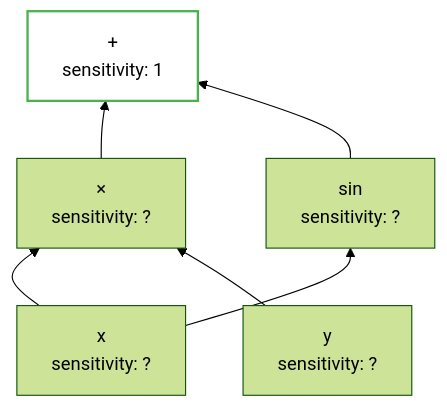
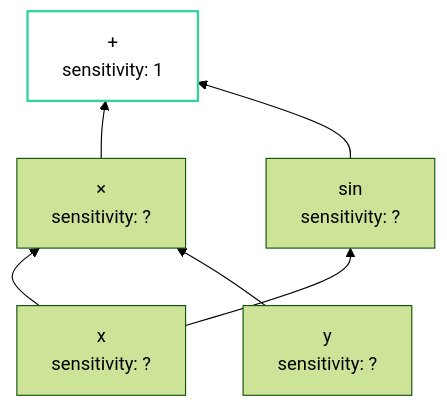
One commit to bolu-atx/bolu-atx.github.io changed the fifth of 9 diagrams in _posts/2025-06-15-autodiff-rust-part1-graphs.md. Above: the diagram before and after it, drawn with Mermaid (forest theme). The commit also changed other lines of this file and 5 other files, not shown here.

First line of the commit message:
Add dark mode support for Mermaid diagrams

````diff
--- a/_posts/2025-06-15-autodiff-rust-part1-graphs.md
+++ b/_posts/2025-06-15-autodiff-rust-part1-graphs.md
@@ -212,16 +216,17 @@
 ```mermaid
 graph BT
     x["x<br/>sensitivity: ?"]
     y["y<br/>sensitivity: ?"]
     mul["×<br/>sensitivity: ?"]
     sin["sin<br/>sensitivity: ?"]
     add["+<br/>sensitivity: 1"]
 
     x --> mul
     y --> mul
     x --> sin
     mul --> add
     sin --> add
 
-    style add fill:none,stroke:#4CAF50,stroke-width:2px
+    classDef done fill:none,stroke:#34d399,stroke-width:2px
+    class add done
 ```
````
